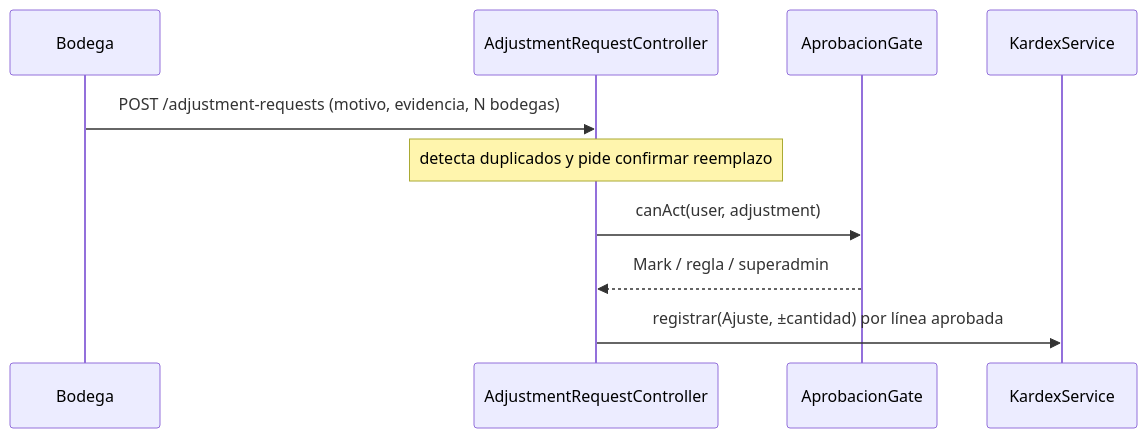
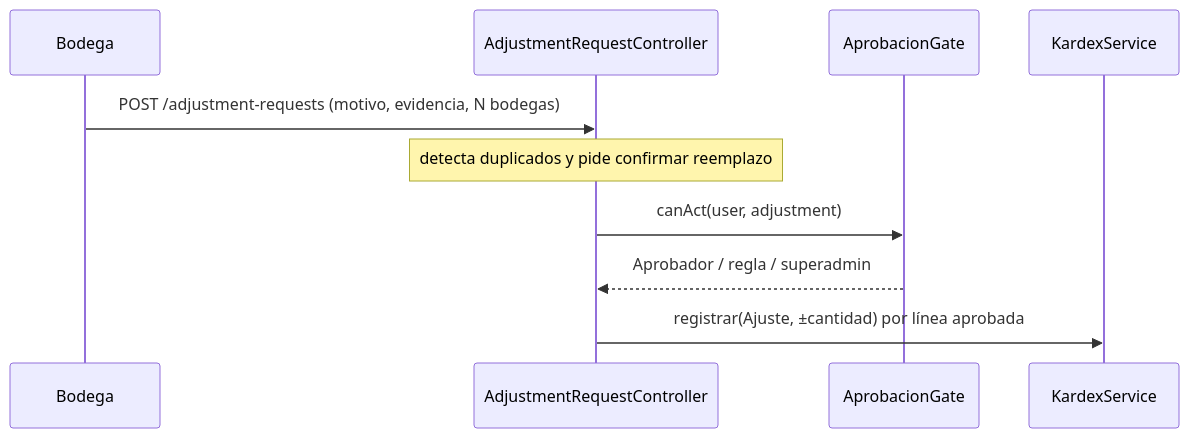
The second of 2 diagrams in docs/manuales-tecnicos/bodega.md (ljgarciap/atlanticerpBackend), drawn with Mermaid before and after one commit. The commit also changed other lines of this file and 214 other files, not shown here.

````diff
--- a/docs/manuales-tecnicos/bodega.md
+++ b/docs/manuales-tecnicos/bodega.md
@@ -253,12 +253,12 @@
 ```mermaid
 sequenceDiagram
   participant B as Bodega
   participant API as AdjustmentRequestController
   participant G as AprobacionGate
   participant K as KardexService
   B->>API: POST /adjustment-requests (motivo, evidencia, N bodegas)
   Note over API: detecta duplicados y pide confirmar reemplazo
   API->>G: canAct(user, adjustment)
-  G-->>API: Mark / regla / superadmin
+  G-->>API: Aprobador / regla / superadmin
   API->>K: registrar(Ajuste, ±cantidad) por línea aprobada
 ```
````
